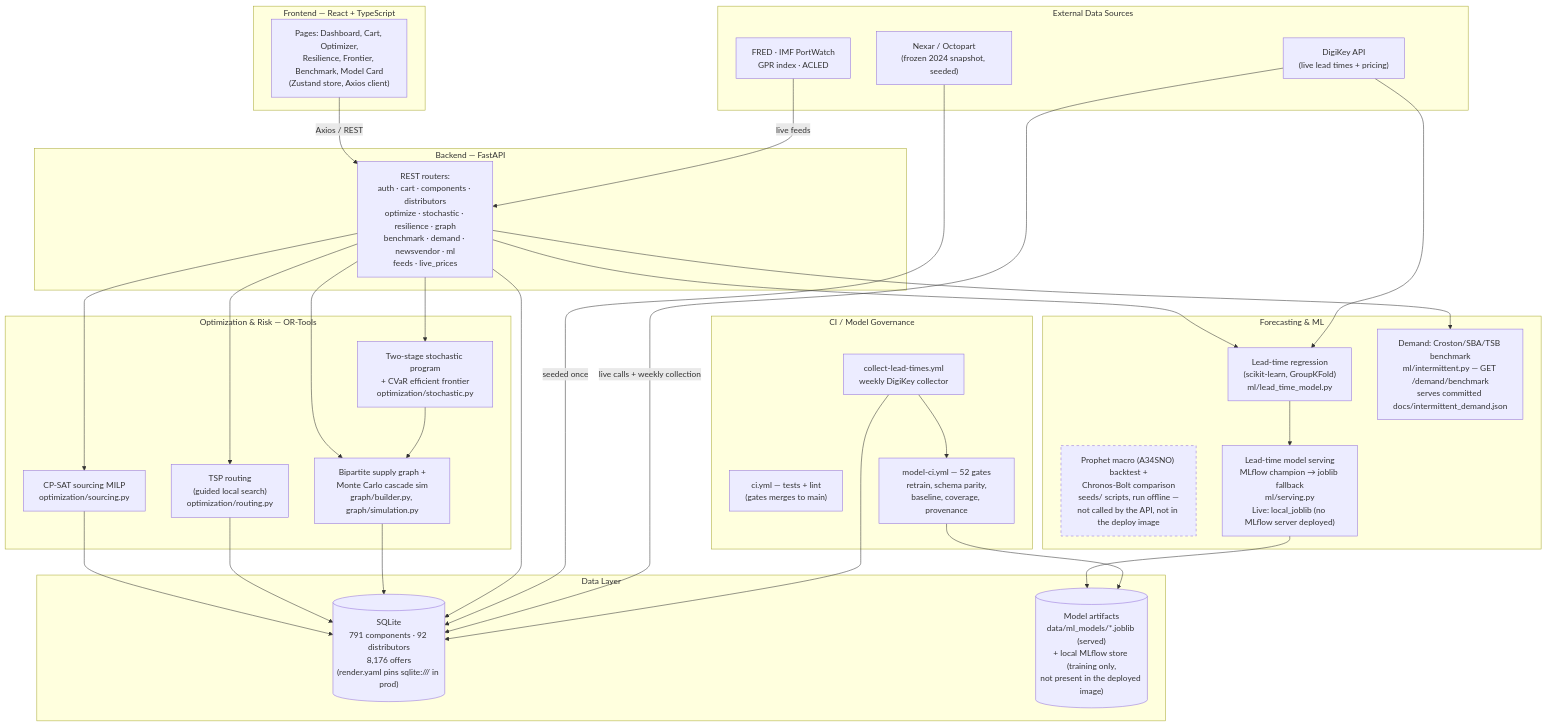
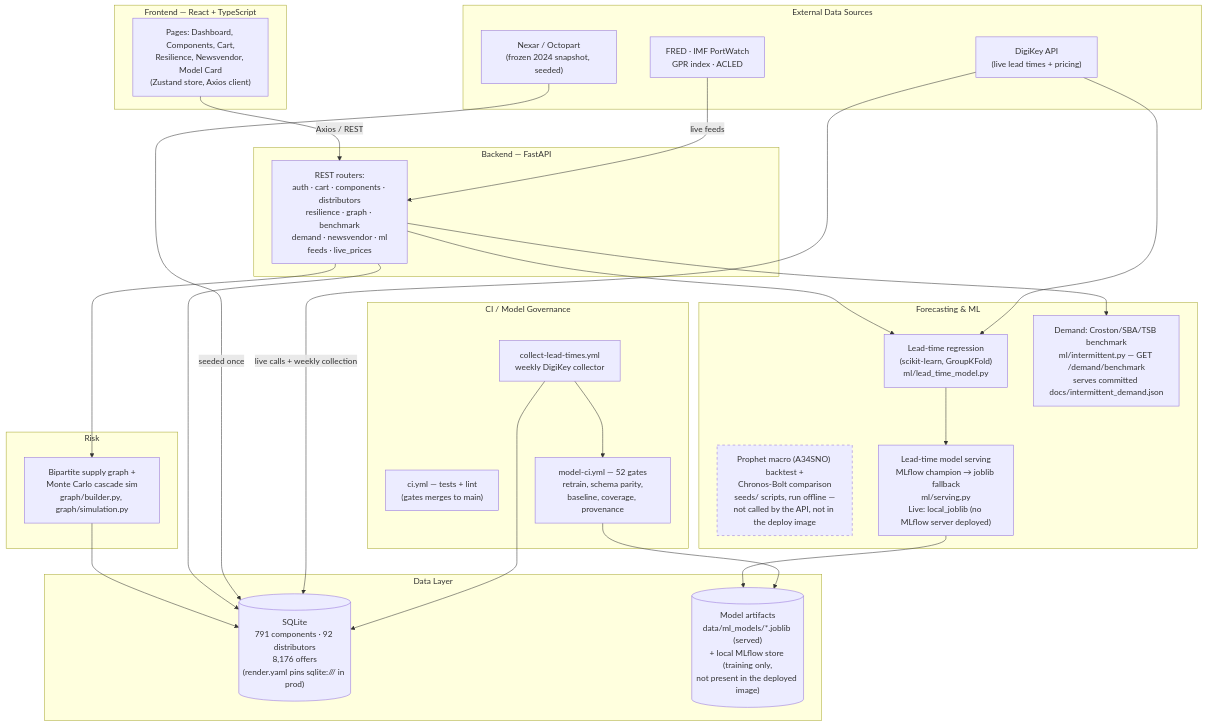
One commit to alessiopagliarulo/supply-chain-optimizer changed the diagram in README.md. Above: the diagram before and after it, drawn with Mermaid. The commit also changed other lines of this file and 134 other files, not shown here.

````diff
--- a/README.md
+++ b/README.md
@@ -348,66 +245,57 @@
 ```mermaid
 flowchart TB
     subgraph FE["Frontend — React + TypeScript"]
-        UI["Pages: Dashboard, Cart, Optimizer,<br/>Resilience, Frontier, Benchmark, Model Card<br/>(Zustand store, Axios client)"]
+        UI["Pages: Dashboard, Components, Cart,<br/>Resilience, Newsvendor, Model Card<br/>(Zustand store, Axios client)"]
     end
 
     subgraph BE["Backend — FastAPI"]
-        API["REST routers:<br/>auth · cart · components · distributors<br/>optimize · stochastic · resilience · graph<br/>benchmark · demand · newsvendor · ml<br/>feeds · live_prices"]
+        API["REST routers:<br/>auth · cart · components · distributors<br/>resilience · graph · benchmark<br/>demand · newsvendor · ml<br/>feeds · live_prices"]
     end
 
-    subgraph OPT["Optimization & Risk — OR-Tools"]
-        SOURCING["CP-SAT sourcing MILP<br/>optimization/sourcing.py"]
-        ROUTING["TSP routing<br/>(guided local search)<br/>optimization/routing.py"]
-        STOCH["Two-stage stochastic program<br/>+ CVaR efficient frontier<br/>optimization/stochastic.py"]
+    subgraph OPT["Risk"]
         GRAPHSIM["Bipartite supply graph +<br/>Monte Carlo cascade sim<br/>graph/builder.py, graph/simulation.py"]
     end
 
     subgraph ML["Forecasting & ML"]
         LEADTIME["Lead-time regression<br/>(scikit-learn, GroupKFold)<br/>ml/lead_time_model.py"]
         DEMAND["Demand: Croston/SBA/TSB benchmark<br/>ml/intermittent.py — GET /demand/benchmark<br/>serves committed docs/intermittent_demand.json"]
         OFFLINE["Prophet macro (A34SNO) backtest +<br/>Chronos-Bolt comparison<br/>seeds/ scripts, run offline —<br/>not called by the API, not in the deploy image"]
         SERVING["Lead-time model serving<br/>MLflow champion → joblib fallback<br/>ml/serving.py<br/>Live: local_joblib (no MLflow server deployed)"]
     end
 
     subgraph DATA["Data Layer"]
         DB[("SQLite<br/>791 components · 92 distributors<br/>8,176 offers<br/>(render.yaml pins sqlite:/// in prod)")]
         ARTIFACTS[("Model artifacts<br/>data/ml_models/*.joblib (served)<br/>+ local MLflow store (training only,<br/>not present in the deployed image)")]
     end
 
     subgraph EXT["External Data Sources"]
         NEXAR["Nexar / Octopart<br/>(frozen 2024 snapshot, seeded)"]
         DIGIKEY["DigiKey API<br/>(live lead times + pricing)"]
         MACRO["FRED · IMF PortWatch<br/>GPR index · ACLED"]
     end
 
     subgraph CICD["CI / Model Governance"]
         CI["ci.yml — tests + lint<br/>(gates merges to main)"]
         MODELCI["model-ci.yml — 52 gates<br/>retrain, schema parity,<br/>baseline, coverage, provenance"]
         COLLECTOR["collect-lead-times.yml<br/>weekly DigiKey collector"]
     end
 
     UI -->|Axios / REST| API
-    API --> SOURCING
-    API --> ROUTING
-    API --> STOCH
     API --> GRAPHSIM
     API --> LEADTIME
     API --> DEMAND
-    STOCH --> GRAPHSIM
-    SOURCING --> DB
-    ROUTING --> DB
     GRAPHSIM --> DB
     API --> DB
     LEADTIME --> SERVING
     SERVING --> ARTIFACTS
     NEXAR -->|seeded once| DB
     DIGIKEY -->|live calls + weekly collection| DB
     DIGIKEY --> LEADTIME
     MACRO -->|live feeds| API
     COLLECTOR --> DB
     COLLECTOR --> MODELCI
     MODELCI --> ARTIFACTS
 
     classDef offline stroke-dasharray: 5 5;
     class OFFLINE offline;
 ```
````
